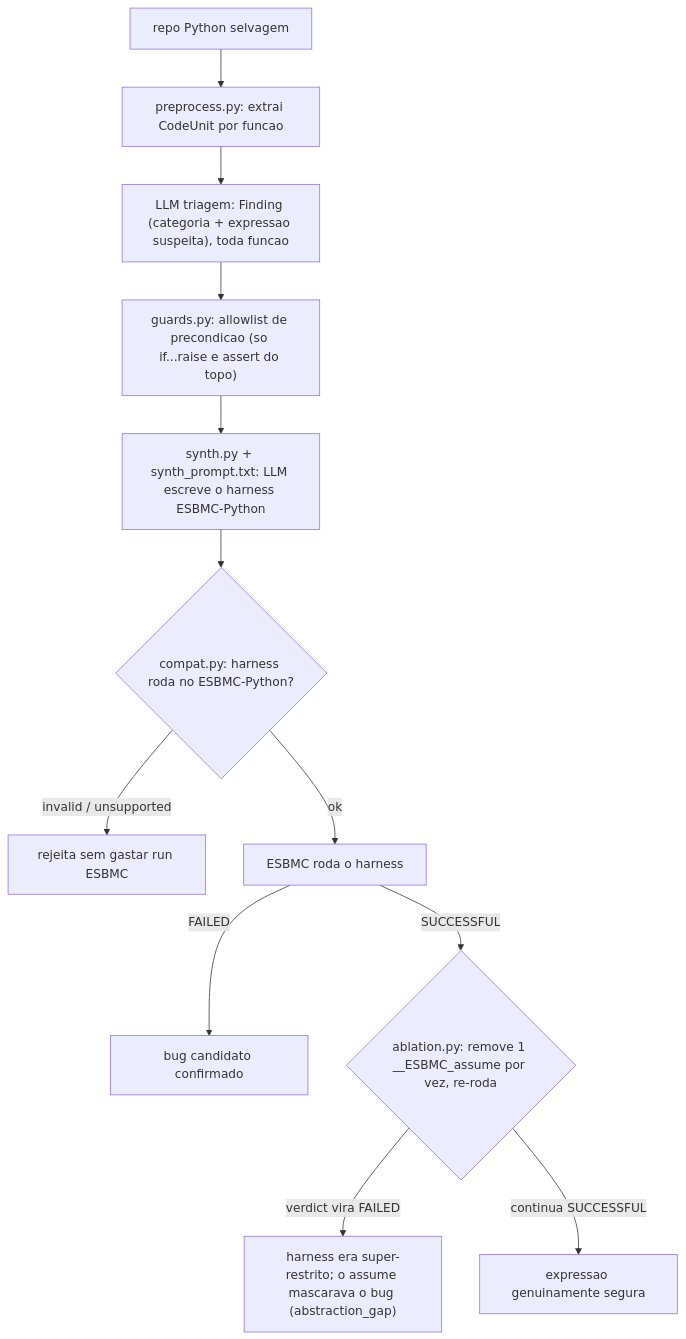
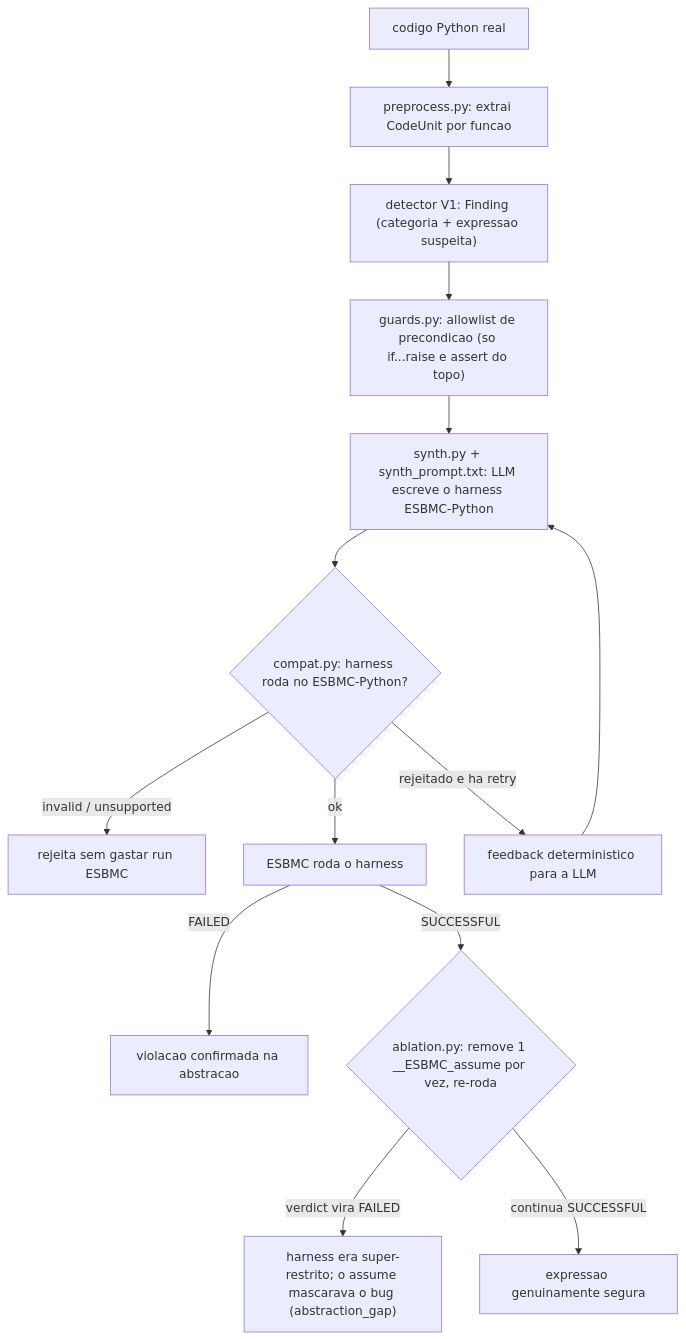
Before and after one commit to feralice/llm-esbmc-pipeline: the diagram in docs/v2_scan_mode_fluxo.md, drawn with Mermaid. The commit also changed other lines of this file and 14 other files, not shown here.

````diff
--- a/docs/v2_scan_mode_fluxo.md
+++ b/docs/v2_scan_mode_fluxo.md
@@ -15,14 +21,16 @@
 ```mermaid
 flowchart TD
-  A[repo Python selvagem] --> B["preprocess.py: extrai CodeUnit por funcao"]
-  B --> D["LLM triagem: Finding (categoria + expressao suspeita), toda funcao"]
+  A[codigo Python real] --> B["preprocess.py: extrai CodeUnit por funcao"]
+  B --> D["detector V1: Finding (categoria + expressao suspeita)"]
   D --> E["guards.py: allowlist de precondicao (so if...raise e assert do topo)"]
   E --> F["synth.py + synth_prompt.txt: LLM escreve o harness ESBMC-Python"]
   F --> G{"compat.py: harness roda no ESBMC-Python?"}
   G -->|invalid / unsupported| Y["rejeita sem gastar run ESBMC"]
   G -->|ok| H[ESBMC roda o harness]
-  H -->|FAILED| I[bug candidato confirmado]
+  H -->|FAILED| I[violacao confirmada na abstracao]
   H -->|SUCCESSFUL| J{"ablation.py: remove 1 __ESBMC_assume por vez, re-roda"}
   J -->|verdict vira FAILED| K["harness era super-restrito; o assume mascarava o bug (abstraction_gap)"]
   J -->|continua SUCCESSFUL| L[expressao genuinamente segura]
+  G -->|rejeitado e ha retry| R[feedback deterministico para a LLM]
+  R --> F
 ```
````
